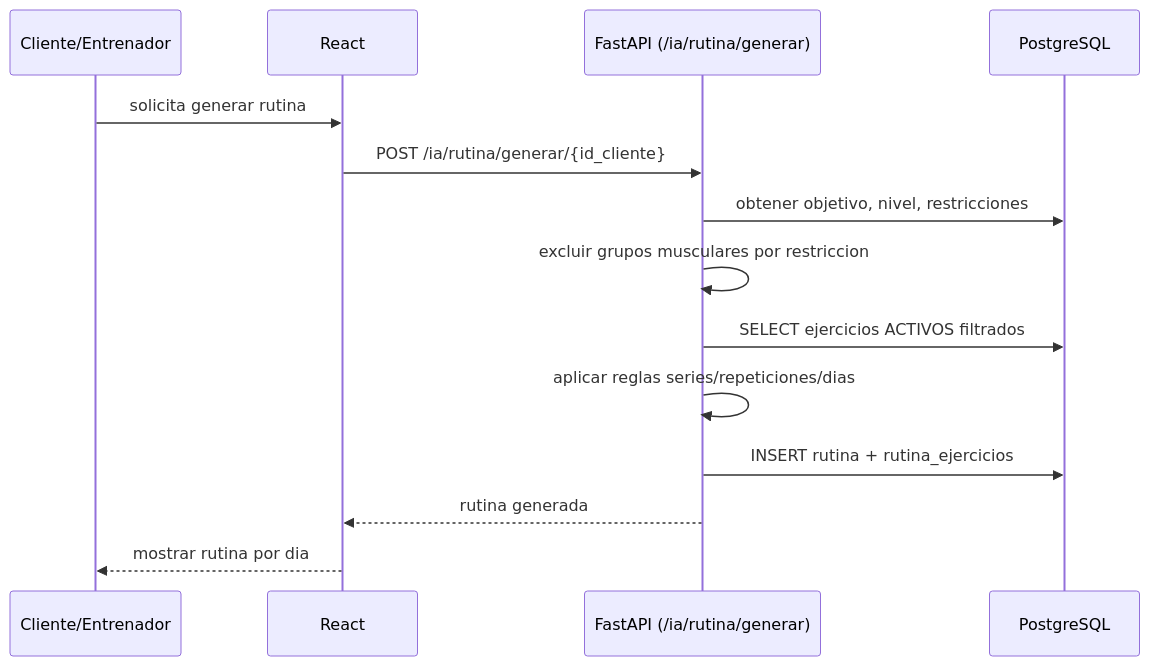
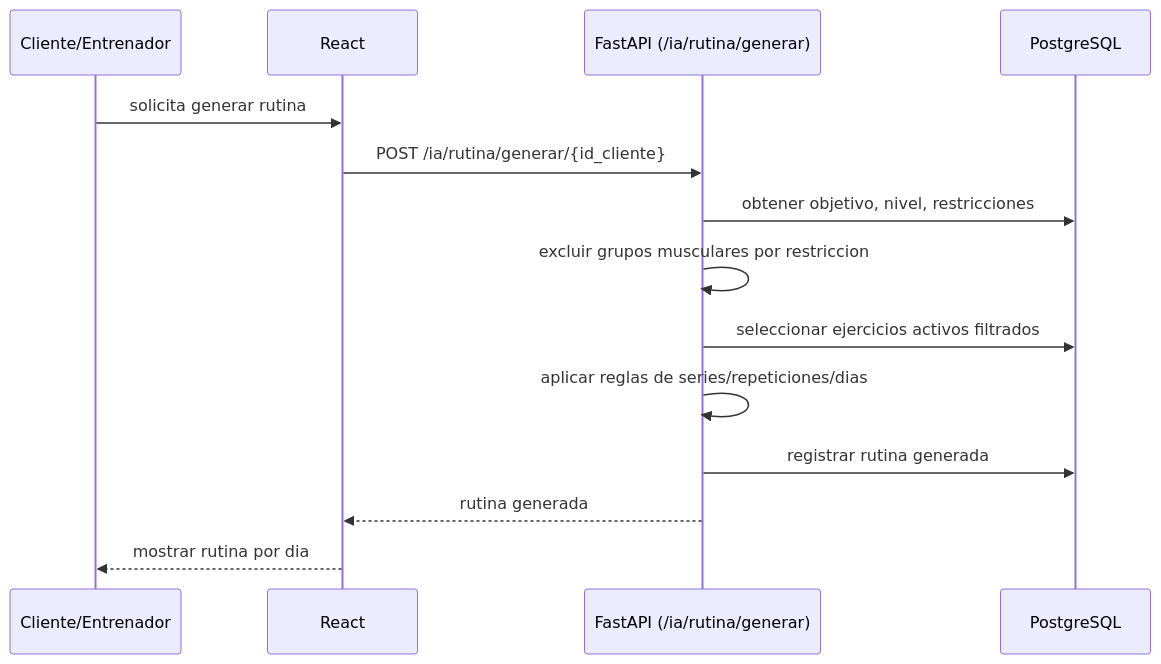
Before and after one commit to KeenGuerra/GleyforGymInvestigacion: the seventh of 7 diagrams in docs/07_Gestion_Proyecto/Intervencion_Metodologica.md, drawn with Mermaid. The commit also changed other lines of this file, not shown here.

````diff
--- a/docs/07_Gestion_Proyecto/Intervencion_Metodologica.md
+++ b/docs/07_Gestion_Proyecto/Intervencion_Metodologica.md
@@ -323,16 +387,16 @@
 ```mermaid
 sequenceDiagram
     participant C as Cliente/Entrenador
     participant F as React
     participant A as FastAPI (/ia/rutina/generar)
     participant DB as PostgreSQL
     C->>F: solicita generar rutina
     F->>A: POST /ia/rutina/generar/{id_cliente}
     A->>DB: obtener objetivo, nivel, restricciones
     A->>A: excluir grupos musculares por restriccion
-    A->>DB: SELECT ejercicios ACTIVOS filtrados
-    A->>A: aplicar reglas series/repeticiones/dias
-    A->>DB: INSERT rutina + rutina_ejercicios
+    A->>DB: seleccionar ejercicios activos filtrados
+    A->>A: aplicar reglas de series/repeticiones/dias
+    A->>DB: registrar rutina generada
     A-->>F: rutina generada
     F-->>C: mostrar rutina por dia
 ```
````
